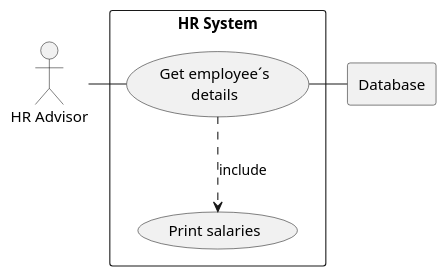
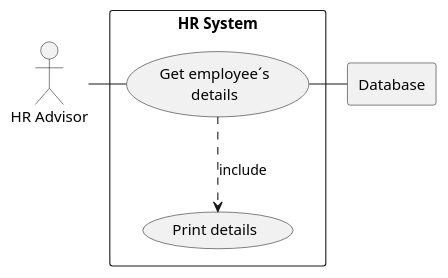
The diagram in use-cases/Issue5.puml (Carlosjr5/sem), drawn with PlantUML before and after one commit. The commit also changed 1 other file, not shown here.

```diff
--- a/use-cases/Issue5.puml
+++ b/use-cases/Issue5.puml
@@ -1,18 +1,18 @@
 @startuml
 'https://plantuml.com/sequence-diagram
 actor HR as "HR Advisor"
 
 rectangle Database
 
 rectangle "HR System" {
     usecase UC4 as "Get employee´s
     details"
 
-    usecase UCa as "Print salaries"
+    usecase UCa as "Print details"
 
     HR - UC4
     UC4 ..> UCa : include
     UC4 - Database
 }
 
 @enduml
```
